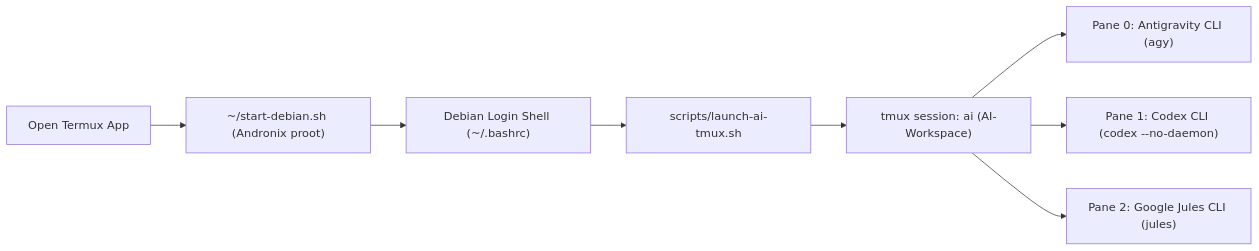
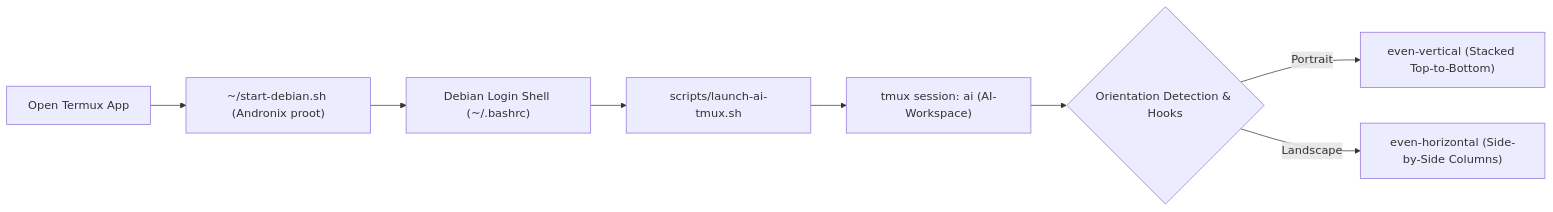
Before and after one commit to bmifsud/toolz: the diagram in README.md, drawn with Mermaid. The commit also changed other lines of this file and 7 other files, not shown here.

Commit message:
Support portrait orientation by stacking tmux panes vertically (even-vertical) and auto-switching on resize

````diff
--- a/README.md
+++ b/README.md
@@ -33,10 +59,10 @@
 ```mermaid
 flowchart LR
     A["Open Termux App"] --> B["~/start-debian.sh (Andronix proot)"]
     B --> C["Debian Login Shell (~/.bashrc)"]
     C --> D["scripts/launch-ai-tmux.sh"]
     D --> E["tmux session: ai (AI-Workspace)"]
-    E --> F["Pane 0: Antigravity CLI (agy)"]
-    E --> G["Pane 1: Codex CLI (codex --no-daemon)"]
-    E --> H["Pane 2: Google Jules CLI (jules)"]
+    E --> F{"Orientation Detection & Hooks"}
+    F -- "Portrait" --> G["even-vertical (Stacked Top-to-Bottom)"]
+    F -- "Landscape" --> H["even-horizontal (Side-by-Side Columns)"]
 ```
````
